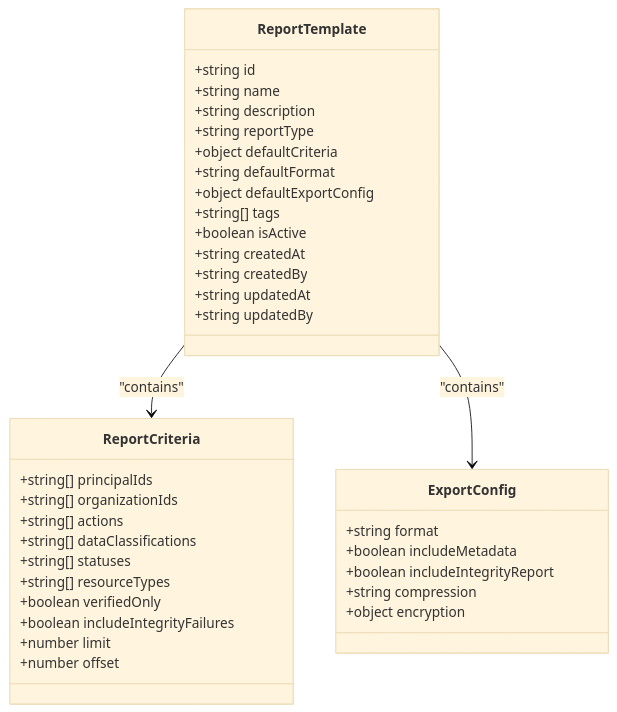
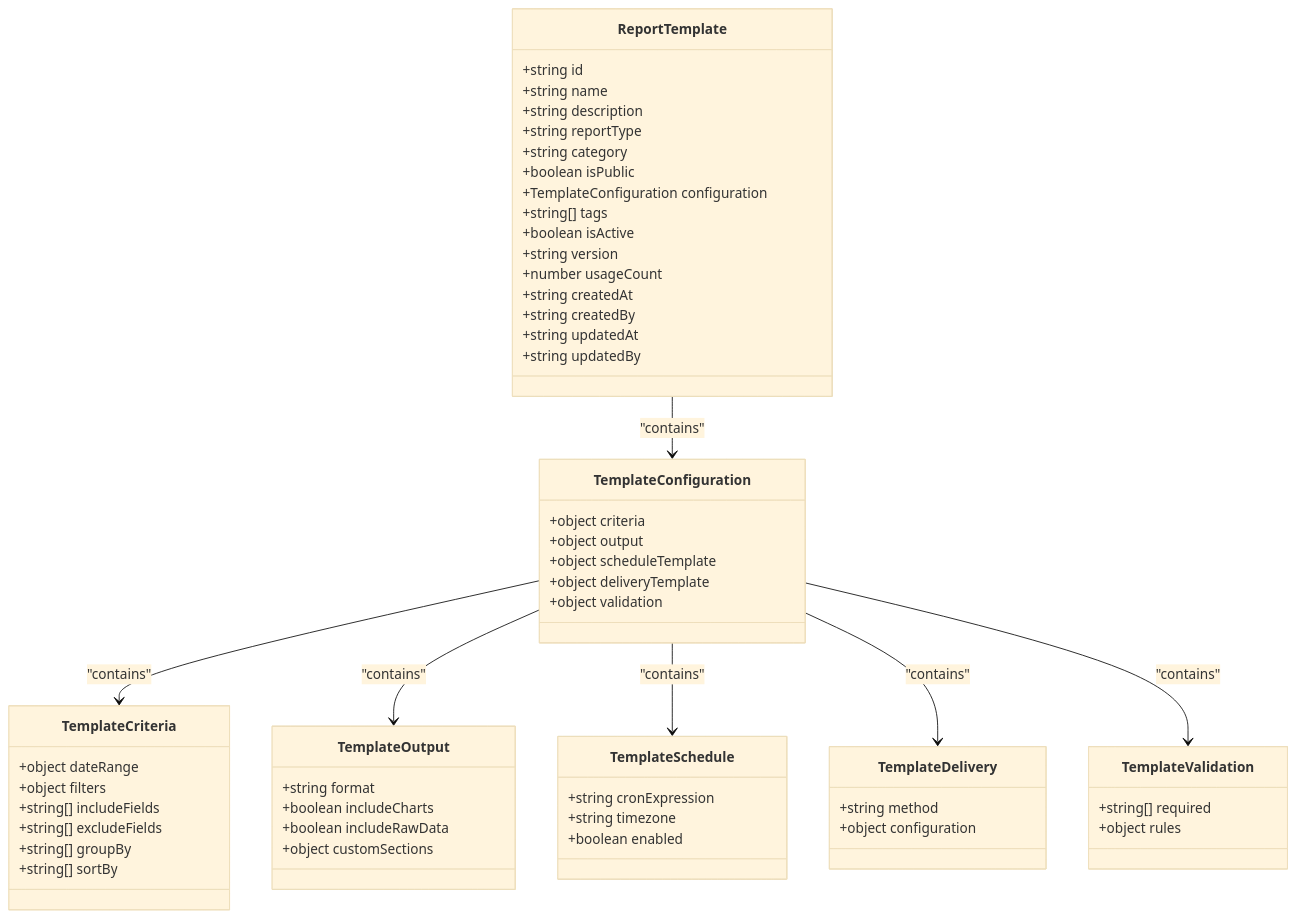
Before and after one commit to smedrec/smart-logs: the first of 9 diagrams in .qoder/repowiki/en/content/Web Application/Compliance Reporting/Report Templates.md, drawn with Mermaid (base theme). The commit also changed other lines of this file and 24 other files, not shown here.

````diff
--- a/.qoder/repowiki/en/content/Web Application/Compliance Reporting/Report Templates.md
+++ b/.qoder/repowiki/en/content/Web Application/Compliance Reporting/Report Templates.md
@@ -68,39 +80,60 @@
 ```mermaid
 classDiagram
 class ReportTemplate {
 +string id
 +string name
 +string description
 +string reportType
-+object defaultCriteria
-+string defaultFormat
-+object defaultExportConfig
++string category
++boolean isPublic
++TemplateConfiguration configuration
 +string[] tags
 +boolean isActive
++string version
++number usageCount
 +string createdAt
 +string createdBy
 +string updatedAt
 +string updatedBy
 }
-class ReportCriteria {
-+string[] principalIds
-+string[] organizationIds
-+string[] actions
-+string[] dataClassifications
-+string[] statuses
-+string[] resourceTypes
-+boolean verifiedOnly
-+boolean includeIntegrityFailures
-+number limit
-+number offset
+class TemplateConfiguration {
++object criteria
++object output
++object scheduleTemplate
++object deliveryTemplate
++object validation
 }
-class ExportConfig {
+class TemplateCriteria {
++object dateRange
++object filters
++string[] includeFields
++string[] excludeFields
++string[] groupBy
++string[] sortBy
+}
+class TemplateOutput {
 +string format
-+boolean includeMetadata
-+boolean includeIntegrityReport
-+string compression
-+object encryption
++boolean includeCharts
++boolean includeRawData
++object customSections
 }
-ReportTemplate --> ReportCriteria : "contains"
-ReportTemplate --> ExportConfig : "contains"
+class TemplateSchedule {
++string cronExpression
++string timezone
++boolean enabled
+}
+class TemplateDelivery {
++string method
++object configuration
+}
+class TemplateValidation {
++string[] required
++object rules
+}
+ReportTemplate --> TemplateConfiguration : "contains"
+TemplateConfiguration --> TemplateCriteria : "contains"
+TemplateConfiguration --> TemplateOutput : "contains"
+TemplateConfiguration --> TemplateSchedule : "contains"
+TemplateConfiguration --> TemplateDelivery : "contains"
+TemplateConfiguration --> TemplateValidation : "contains"
 ```
````
